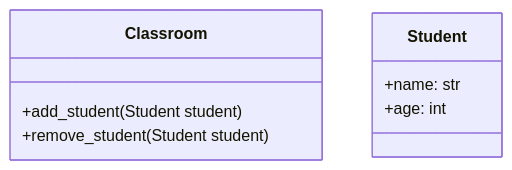
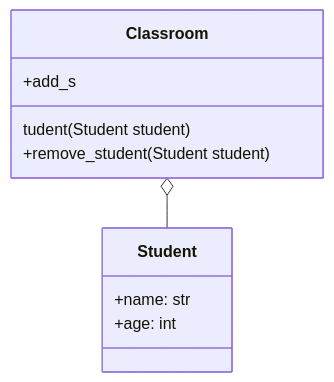
One commit to NM-TAFE/diploma-adv-prog-python changed the diagram in week2/lesson.md. Above: the diagram before and after it, drawn with Mermaid. The commit also changed 3 other files, not shown here.

````diff
--- a/week2/lesson.md
+++ b/week2/lesson.md
@@ -31,11 +31,14 @@
 ```mermaid
 classDiagram
+    Classroom o-- Student
     class Classroom {
-        +add_student(Student student)
+        +add_s
+        tudent(Student student)
         +remove_student(Student student)
     }
     class Student {
         +name: str
         +age: int
     }
+
 ```
````
